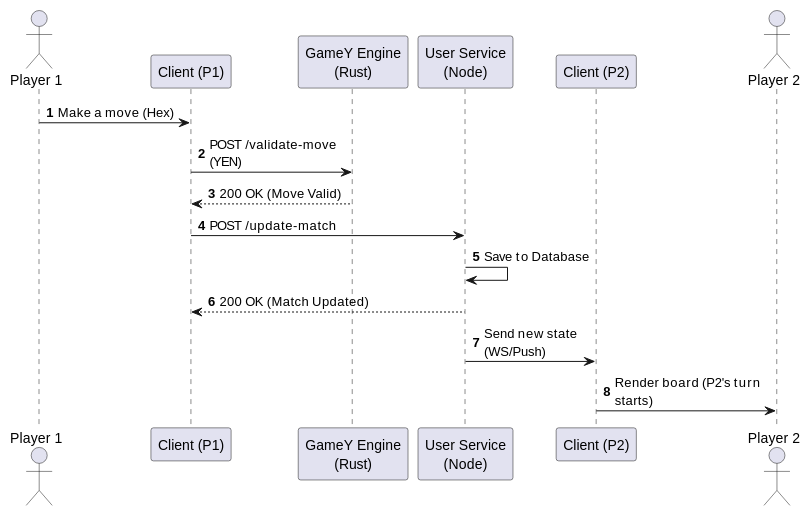
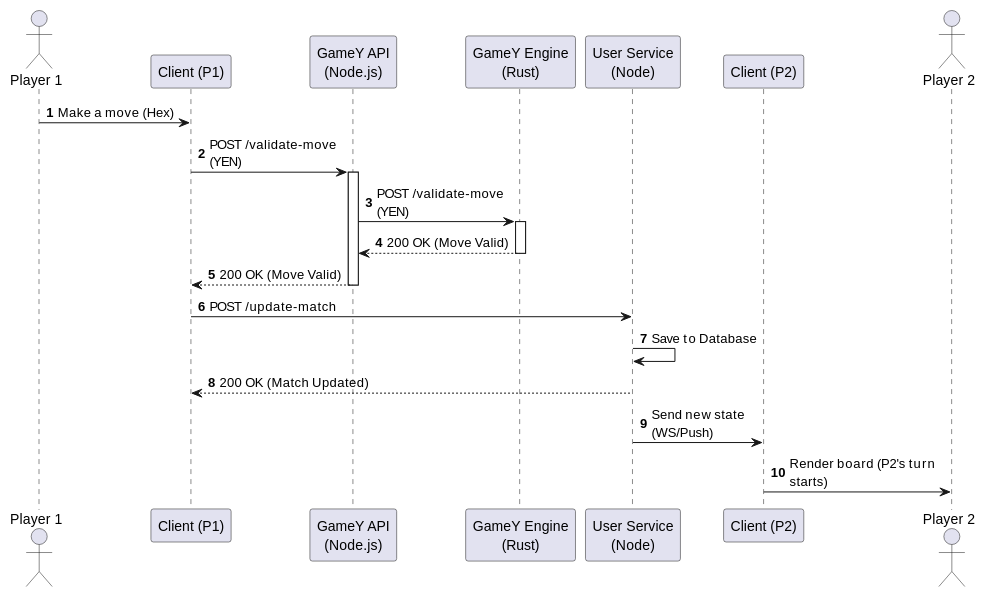
The second of 5 diagrams in docs/src/06_runtime_view.adoc (Arquisoft/yovi_en1a), drawn with PlantUML before and after one commit. The commit also changed other lines of this file, not shown here.

```diff
--- a/docs/src/06_runtime_view.adoc
+++ b/docs/src/06_runtime_view.adoc
@@ -40,28 +45,35 @@
 [plantuml, target="human-vs-human", format="png"]
 ----
 @startuml
 autonumber
 skinparam maxMessageSize 150
 
 actor "Player 1" as P1
 participant "Client (P1)" as UI1
+participant "GameY API\n(Node.js)" as API
 participant "GameY Engine\n(Rust)" as Rust
 participant "User Service\n(Node)" as Node
 participant "Client (P2)" as UI2
 actor "Player 2" as P2
 
 
 P1 -> UI1 : Make a move (Hex)
-UI1 -> Rust : POST /validate-move (YEN)
-Rust --> UI1 : 200 OK (Move Valid)
+UI1 -> API : POST /validate-move (YEN)
+activate API
+API -> Rust : POST /validate-move (YEN)
+activate Rust
+Rust --> API : 200 OK (Move Valid)
+deactivate Rust
+API --> UI1 : 200 OK (Move Valid)
+deactivate API
 
 
 UI1 -> Node : POST /update-match
 Node -> Node : Save to Database
 Node --> UI1 : 200 OK (Match Updated)
 
 Node -> UI2 : Send new state (WS/Push)
 UI2 -> P2 : Render board (P2's turn starts)
 
 @enduml
 ----
```
